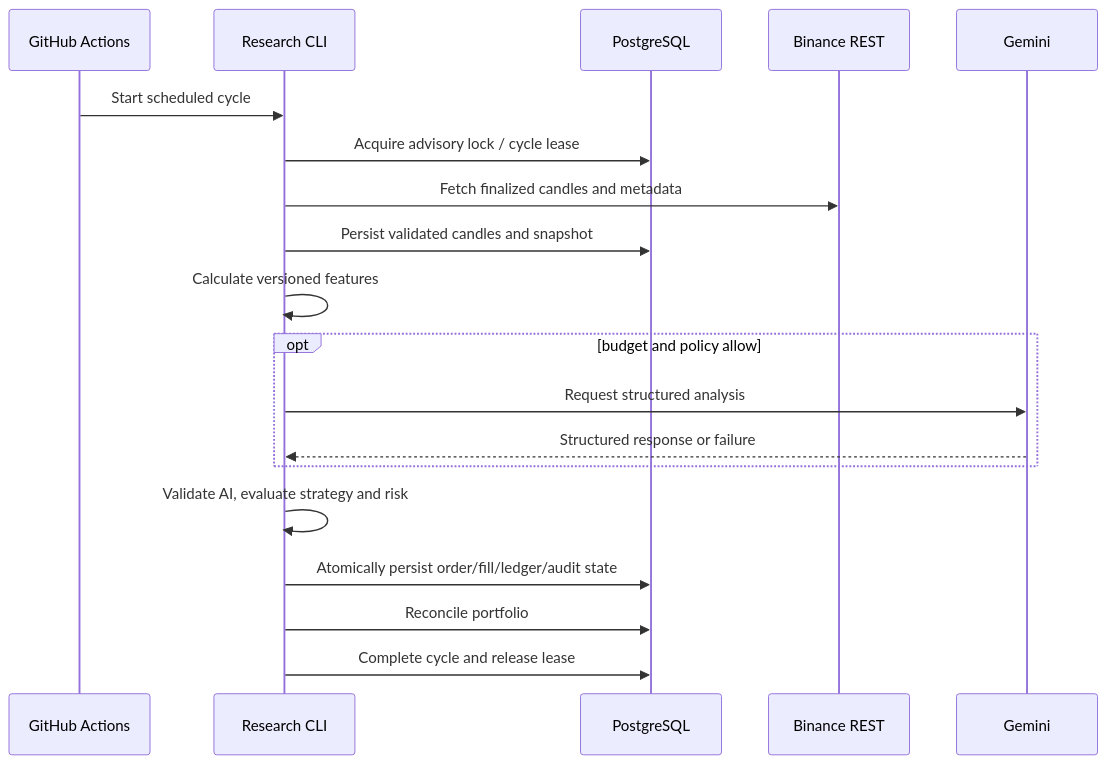
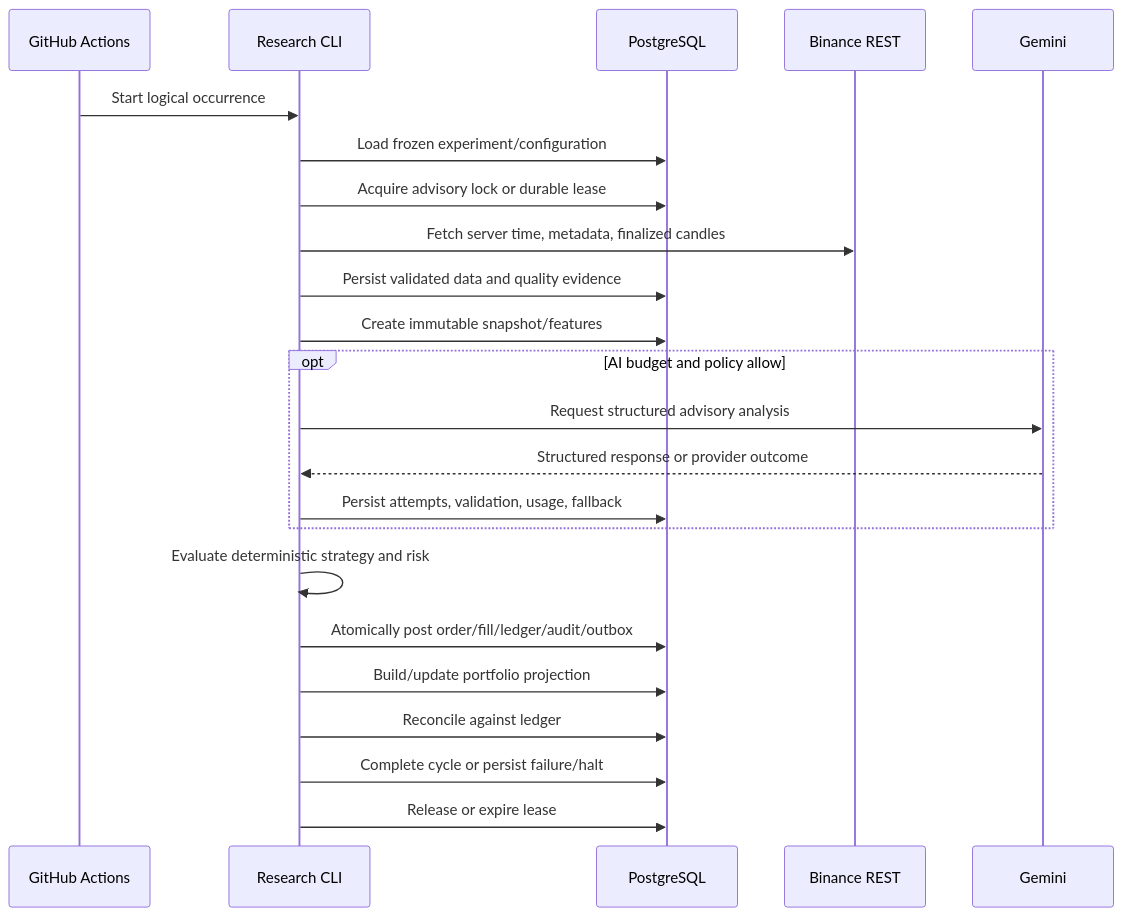
One commit to pikkst/Ai-trade-bot changed the second of 2 diagrams in docs/ARCHITECTURE.md. Above: the diagram before and after it, drawn with Mermaid. The commit also changed other lines of this file, not shown here.

Commit message:
docs: synchronize runtime architecture with master tasks

````diff
--- a/docs/ARCHITECTURE.md
+++ b/docs/ARCHITECTURE.md
@@ -76,22 +167,26 @@
 ```mermaid
 sequenceDiagram
     participant G as GitHub Actions
     participant C as Research CLI
     participant D as PostgreSQL
     participant B as Binance REST
     participant M as Gemini
 
-    G->>C: Start scheduled cycle
-    C->>D: Acquire advisory lock / cycle lease
-    C->>B: Fetch finalized candles and metadata
-    C->>D: Persist validated candles and snapshot
-    C->>C: Calculate versioned features
-    opt budget and policy allow
-        C->>M: Request structured analysis
-        M-->>C: Structured response or failure
+    G->>C: Start logical occurrence
+    C->>D: Load frozen experiment/configuration
+    C->>D: Acquire advisory lock or durable lease
+    C->>B: Fetch server time, metadata, finalized candles
+    C->>D: Persist validated data and quality evidence
+    C->>D: Create immutable snapshot/features
+    opt AI budget and policy allow
+        C->>M: Request structured advisory analysis
+        M-->>C: Structured response or provider outcome
+        C->>D: Persist attempts, validation, usage, fallback
     end
-    C->>C: Validate AI, evaluate strategy and risk
-    C->>D: Atomically persist order/fill/ledger/audit state
-    C->>D: Reconcile portfolio
-    C->>D: Complete cycle and release lease
+    C->>C: Evaluate deterministic strategy and risk
+    C->>D: Atomically post order/fill/ledger/audit/outbox
+    C->>D: Build/update portfolio projection
+    C->>D: Reconcile against ledger
+    C->>D: Complete cycle or persist failure/halt
+    C->>D: Release or expire lease
 ```
````
